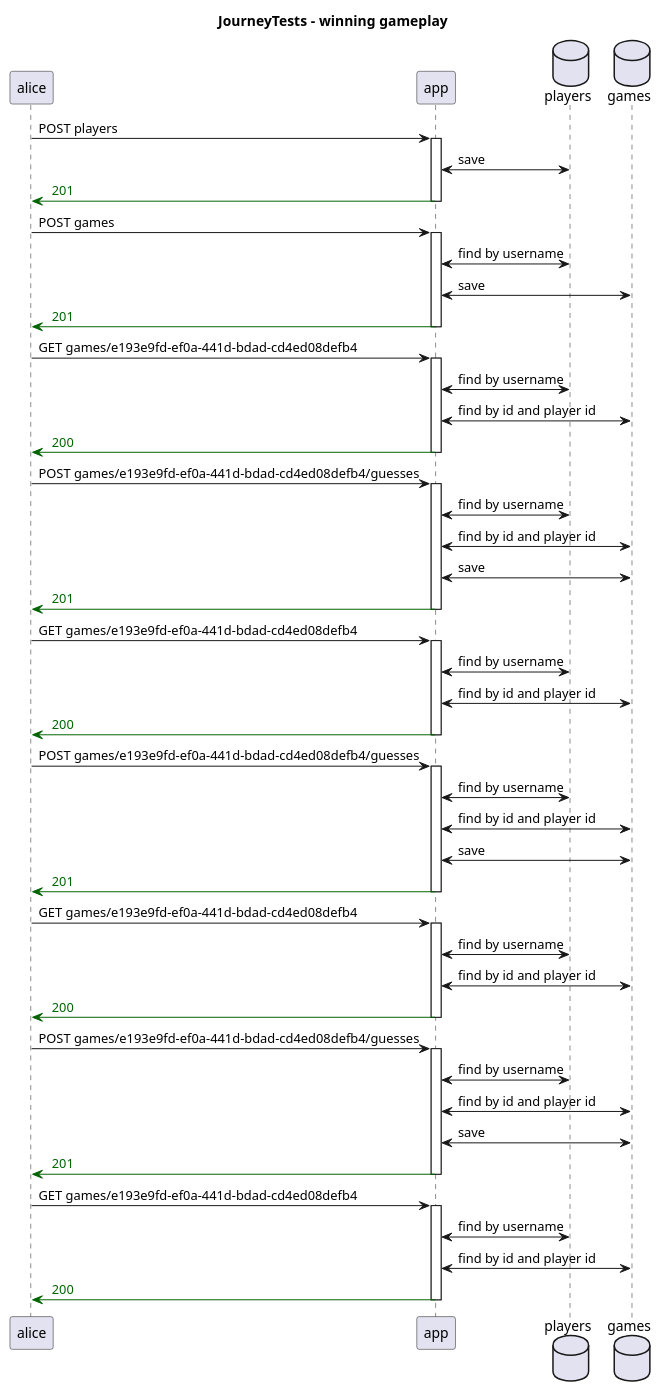
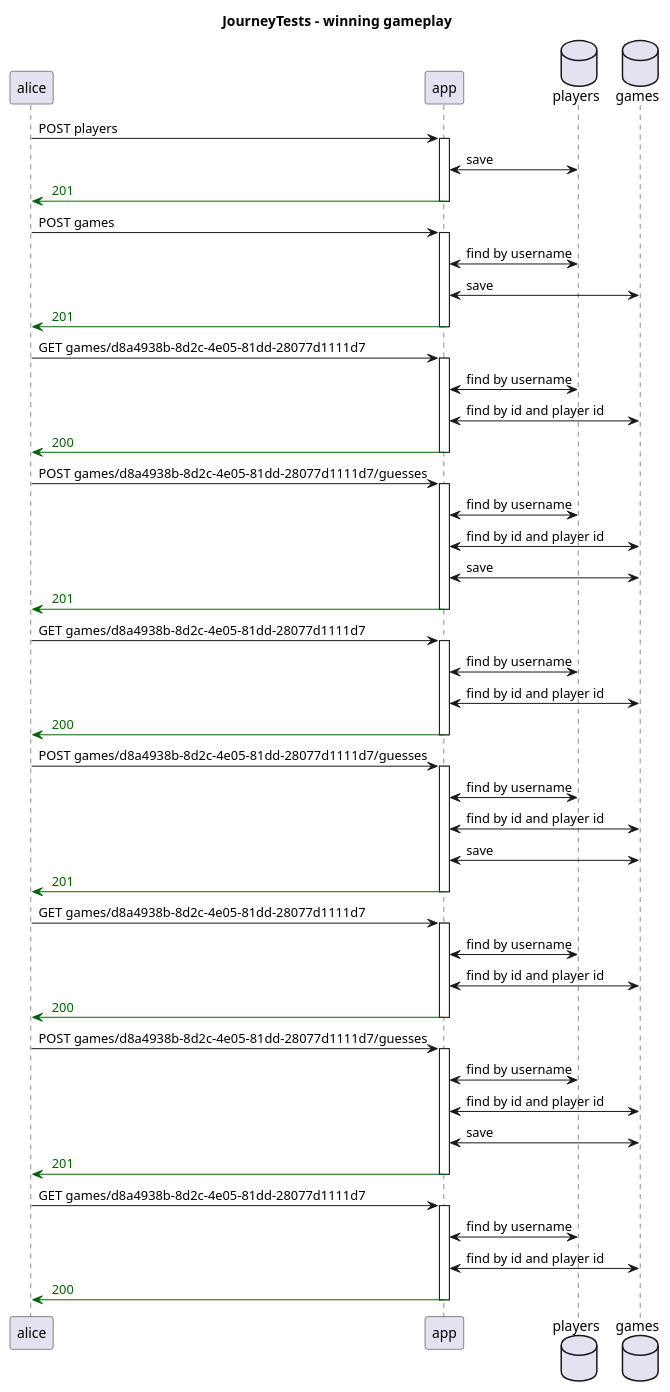
Before and after one commit to th3n3rd/http4k-playground: the diagram in docs/system/generated/JourneyTests - winning gameplay - Sequence.puml, drawn with PlantUML. The commit also changed 7 other files, not shown here.

```diff
--- a/docs/system/generated/JourneyTests - winning gameplay - Sequence.puml
+++ b/docs/system/generated/JourneyTests - winning gameplay - Sequence.puml
@@ -1,63 +1,63 @@
 @startuml
 title JourneyTests - winning gameplay
 participant "alice"
 participant "app"
 database "players"
 database "games"
 "alice" -> "app": POST players
 activate "app"
 "app" <-> "players": save
 "app" -[#DarkGreen]> "alice": <color:DarkGreen> 201 
 deactivate "app"
 "alice" -> "app": POST games
 activate "app"
 "app" <-> "players": find by username
 "app" <-> "games": save
 "app" -[#DarkGreen]> "alice": <color:DarkGreen> 201 
 deactivate "app"
-"alice" -> "app": GET games/e193e9fd-ef0a-441d-bdad-cd4ed08defb4
+"alice" -> "app": GET games/d8a4938b-8d2c-4e05-81dd-28077d1111d7
 activate "app"
 "app" <-> "players": find by username
 "app" <-> "games": find by id and player id
 "app" -[#DarkGreen]> "alice": <color:DarkGreen> 200 
 deactivate "app"
-"alice" -> "app": POST games/e193e9fd-ef0a-441d-bdad-cd4ed08defb4/guesses
+"alice" -> "app": POST games/d8a4938b-8d2c-4e05-81dd-28077d1111d7/guesses
 activate "app"
 "app" <-> "players": find by username
 "app" <-> "games": find by id and player id
 "app" <-> "games": save
 "app" -[#DarkGreen]> "alice": <color:DarkGreen> 201 
 deactivate "app"
-"alice" -> "app": GET games/e193e9fd-ef0a-441d-bdad-cd4ed08defb4
+"alice" -> "app": GET games/d8a4938b-8d2c-4e05-81dd-28077d1111d7
 activate "app"
 "app" <-> "players": find by username
 "app" <-> "games": find by id and player id
 "app" -[#DarkGreen]> "alice": <color:DarkGreen> 200 
 deactivate "app"
-"alice" -> "app": POST games/e193e9fd-ef0a-441d-bdad-cd4ed08defb4/guesses
+"alice" -> "app": POST games/d8a4938b-8d2c-4e05-81dd-28077d1111d7/guesses
 activate "app"
 "app" <-> "players": find by username
 "app" <-> "games": find by id and player id
 "app" <-> "games": save
 "app" -[#DarkGreen]> "alice": <color:DarkGreen> 201 
 deactivate "app"
-"alice" -> "app": GET games/e193e9fd-ef0a-441d-bdad-cd4ed08defb4
+"alice" -> "app": GET games/d8a4938b-8d2c-4e05-81dd-28077d1111d7
 activate "app"
 "app" <-> "players": find by username
 "app" <-> "games": find by id and player id
 "app" -[#DarkGreen]> "alice": <color:DarkGreen> 200 
 deactivate "app"
-"alice" -> "app": POST games/e193e9fd-ef0a-441d-bdad-cd4ed08defb4/guesses
+"alice" -> "app": POST games/d8a4938b-8d2c-4e05-81dd-28077d1111d7/guesses
 activate "app"
 "app" <-> "players": find by username
 "app" <-> "games": find by id and player id
 "app" <-> "games": save
 "app" -[#DarkGreen]> "alice": <color:DarkGreen> 201 
 deactivate "app"
-"alice" -> "app": GET games/e193e9fd-ef0a-441d-bdad-cd4ed08defb4
+"alice" -> "app": GET games/d8a4938b-8d2c-4e05-81dd-28077d1111d7
 activate "app"
 "app" <-> "players": find by username
 "app" <-> "games": find by id and player id
 "app" -[#DarkGreen]> "alice": <color:DarkGreen> 200 
 deactivate "app"
 @enduml
```
